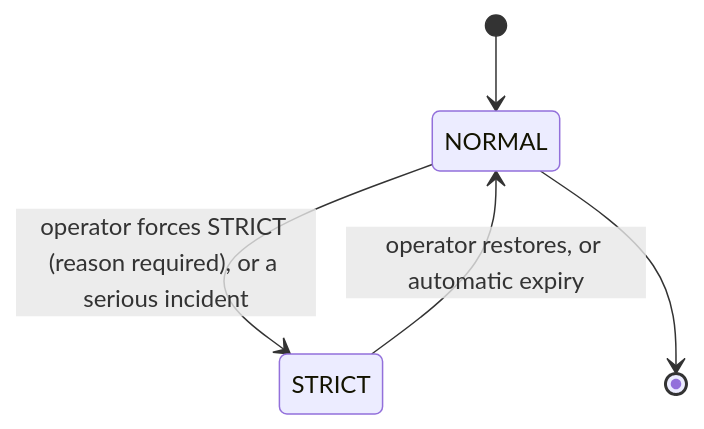
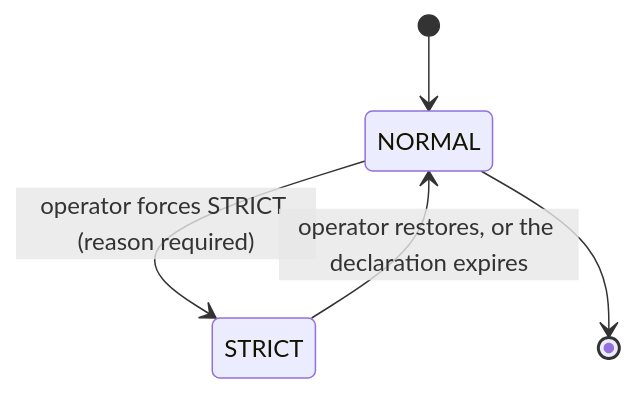
The diagram in docs/concepts/pro/governance.md (baldurhq/baldur), drawn with Mermaid before and after one commit. The commit also changed other lines of this file and 9 other files, not shown here.

````diff
--- a/docs/concepts/pro/governance.md
+++ b/docs/concepts/pro/governance.md
@@ -63,7 +65,7 @@
 ```mermaid
 stateDiagram-v2
     [*] --> NORMAL
-    NORMAL --> STRICT: operator forces STRICT (reason required), or a serious incident
-    STRICT --> NORMAL: operator restores, or automatic expiry
+    NORMAL --> STRICT: operator forces STRICT (reason required)
+    STRICT --> NORMAL: operator restores, or the declaration expires
     NORMAL --> [*]
 ```
````
